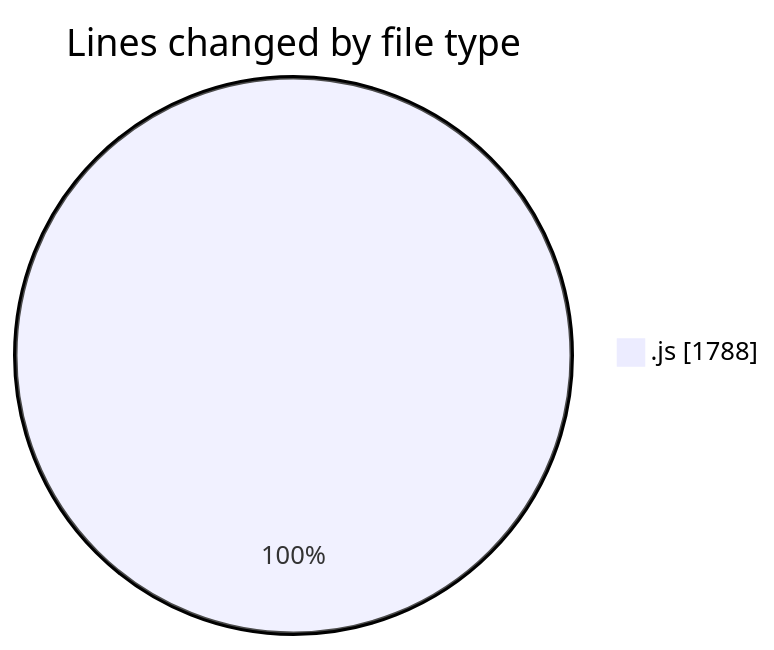
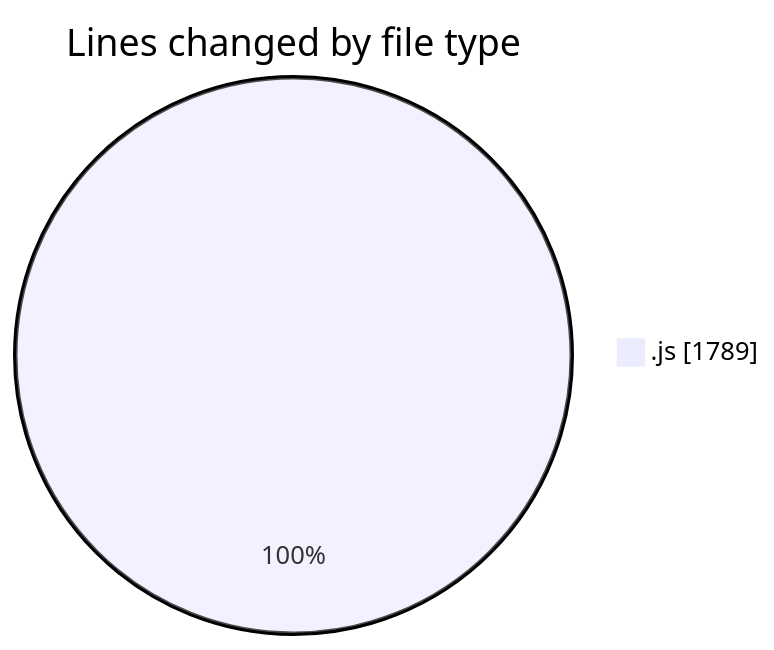
Before and after one commit to BS-eng2023/code-tracking: the first of 2 diagrams in 2025-04-03/jsvms/README.md, drawn with Mermaid. The commit also changed other lines of this file and 1 other file, not shown here.

````diff
--- a/2025-04-03/jsvms/README.md
+++ b/2025-04-03/jsvms/README.md
@@ -31,5 +31,5 @@
 ```mermaid
 pie showData
 title Lines changed by file type
-".js" : 1788
+".js" : 1789
 ```
````
